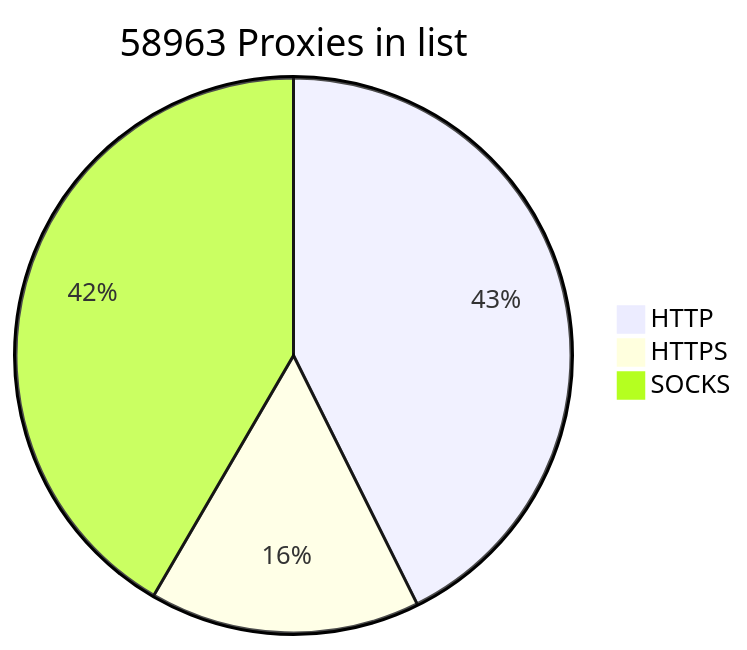
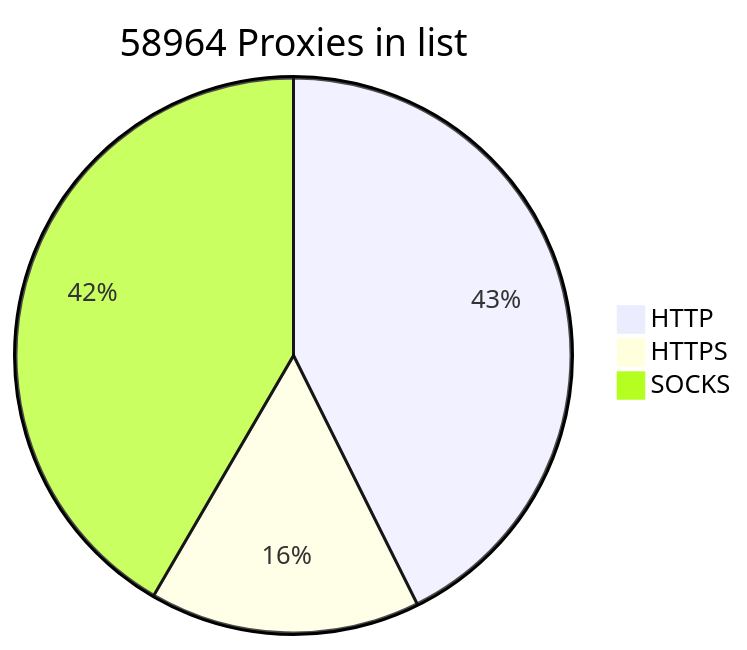
The diagram in README.md (BlackSnowDot/proxylist-update-every-minute), drawn with Mermaid before and after one commit.

````diff
--- a/README.md
+++ b/README.md
@@ -2,6 +2,6 @@
 ```mermaid
-pie title 58963 Proxies in list
+pie title 58964 Proxies in list
     "HTTP" : 28720
-    "HTTPS": 10597
+    "HTTPS": 10598
     "SOCKS" : 28017
 ```
````
